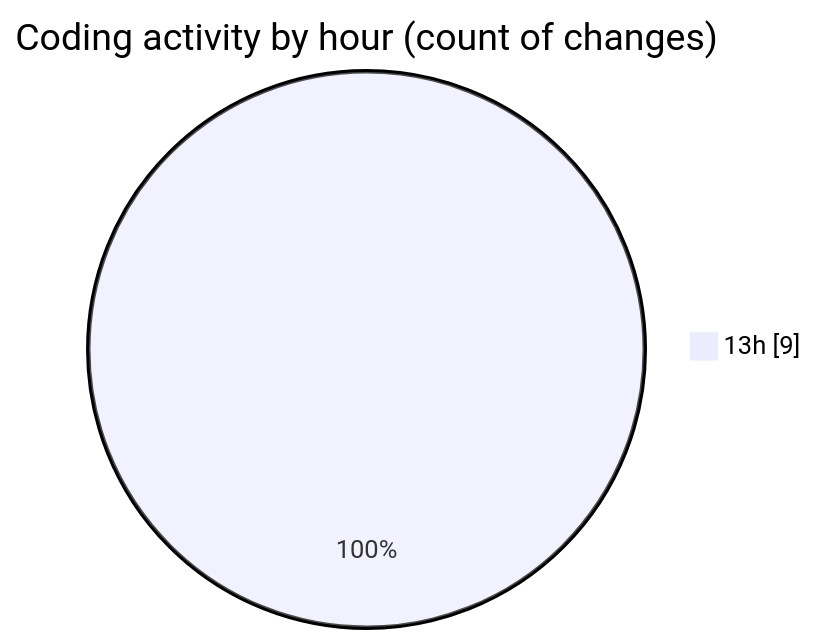
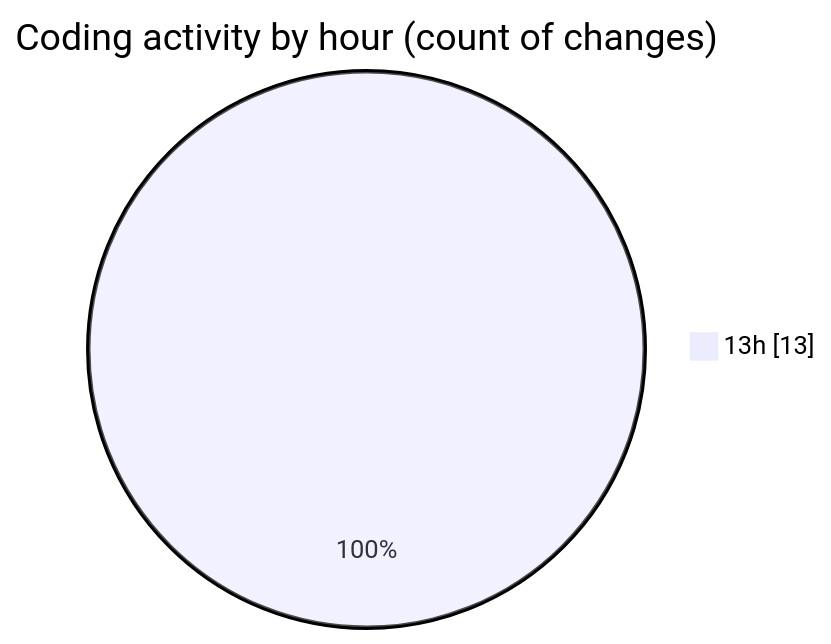
The second of 2 diagrams in 2025-04-27/portfolio/README.md (Ritupan-Deka/code-tracking), drawn with Mermaid before and after one commit. The commit also changed other lines of this file and 1 other file, not shown here.

````diff
--- a/2025-04-27/portfolio/README.md
+++ b/2025-04-27/portfolio/README.md
@@ -30,5 +30,5 @@
 ```mermaid
 pie showData
 title Coding activity by hour (count of changes)
-"13h" : 9
+"13h" : 13
 ```
````
